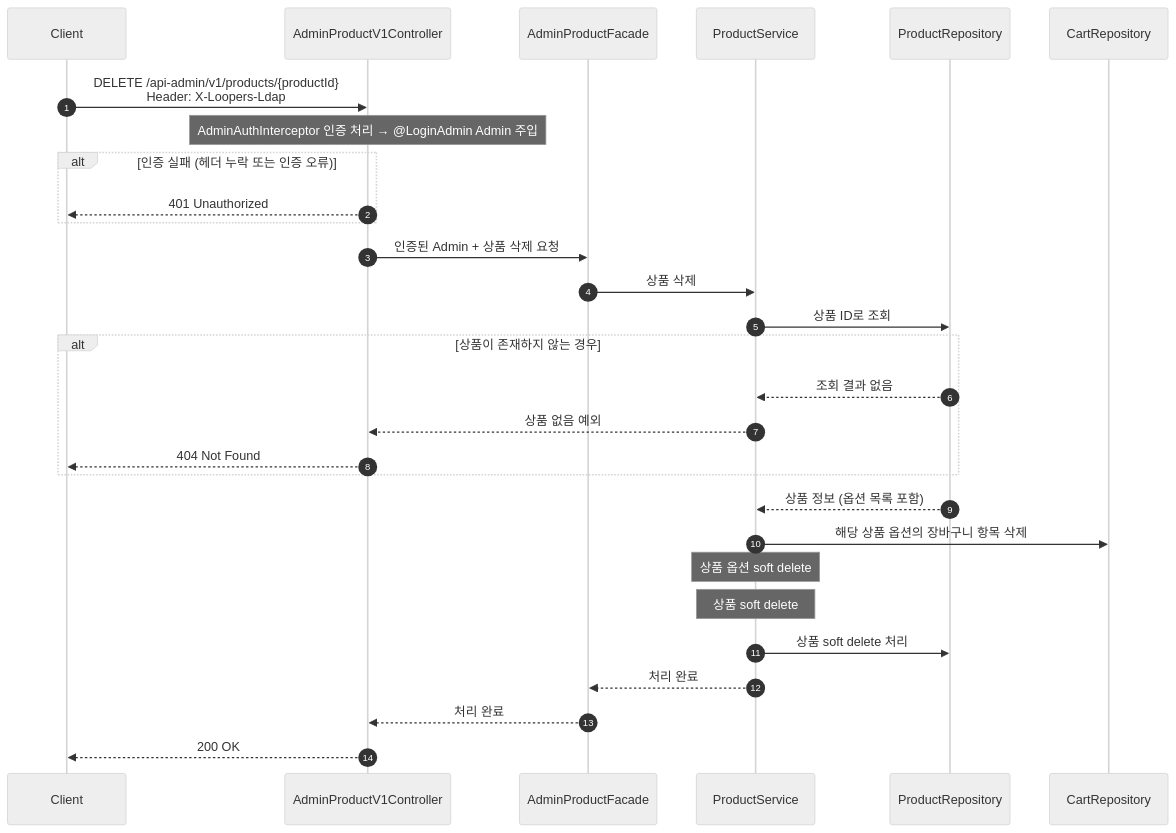
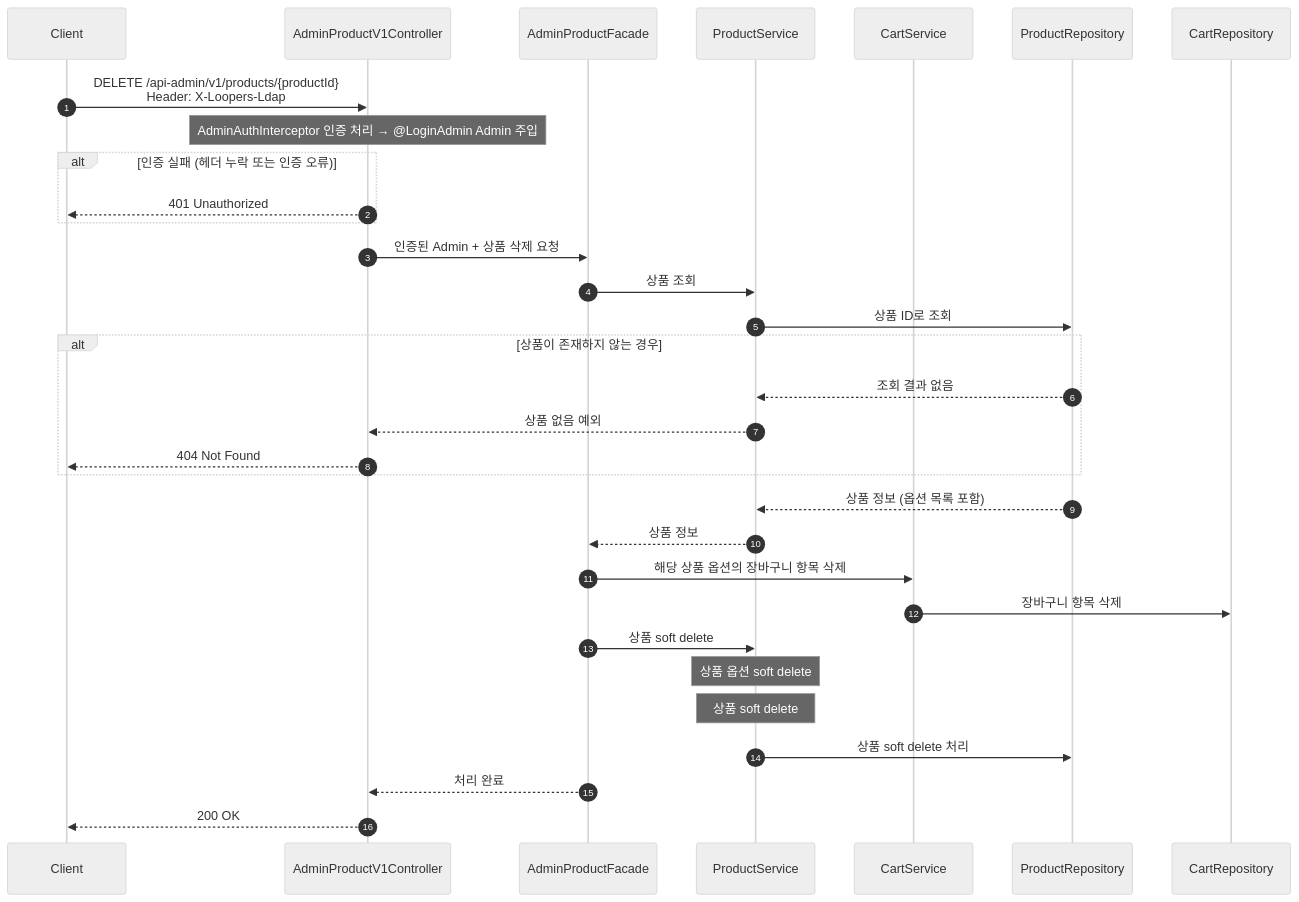
Before and after one commit to jsj1215/loop-pack-be-l2-vol3-java: diagram 20 of 20 in docs/design/02-sequence-diagrams.md, drawn with Mermaid (neutral theme). The commit also changed other lines of this file and 1 other file, not shown here.

````diff
--- a/docs/design/02-sequence-diagrams.md
+++ b/docs/design/02-sequence-diagrams.md
@@ -937,39 +944,43 @@
 ```mermaid
 sequenceDiagram
     autonumber
     participant Client
     participant Controller as AdminProductV1Controller
     participant Facade as AdminProductFacade
-    participant Service as ProductService
+    participant ProductService as ProductService
+    participant CartService as CartService
     participant ProductRepo as ProductRepository
     participant CartRepo as CartRepository
 
     Client->>Controller: DELETE /api-admin/v1/products/{productId}<br/>Header: X-Loopers-Ldap
 
     Note over Controller: AdminAuthInterceptor 인증 처리 → @LoginAdmin Admin 주입
     alt 인증 실패 (헤더 누락 또는 인증 오류)
         Controller-->>Client: 401 Unauthorized
     end
 
     Controller->>Facade: 인증된 Admin + 상품 삭제 요청
-    Facade->>Service: 상품 삭제
-    Service->>ProductRepo: 상품 ID로 조회
+
+    Facade->>ProductService: 상품 조회
+    ProductService->>ProductRepo: 상품 ID로 조회
 
     alt 상품이 존재하지 않는 경우
-        ProductRepo-->>Service: 조회 결과 없음
-        Service-->>Controller: 상품 없음 예외
+        ProductRepo-->>ProductService: 조회 결과 없음
+        ProductService-->>Controller: 상품 없음 예외
         Controller-->>Client: 404 Not Found
     end
 
-    ProductRepo-->>Service: 상품 정보 (옵션 목록 포함)
+    ProductRepo-->>ProductService: 상품 정보 (옵션 목록 포함)
+    ProductService-->>Facade: 상품 정보
 
-    Service->>CartRepo: 해당 상품 옵션의 장바구니 항목 삭제
+    Facade->>CartService: 해당 상품 옵션의 장바구니 항목 삭제
+    CartService->>CartRepo: 장바구니 항목 삭제
 
-    Note over Service: 상품 옵션 soft delete
-    Note over Service: 상품 soft delete
-    Service->>ProductRepo: 상품 soft delete 처리
+    Facade->>ProductService: 상품 soft delete
+    Note over ProductService: 상품 옵션 soft delete
+    Note over ProductService: 상품 soft delete
+    ProductService->>ProductRepo: 상품 soft delete 처리
 
-    Service-->>Facade: 처리 완료
     Facade-->>Controller: 처리 완료
     Controller-->>Client: 200 OK
 ```
````
